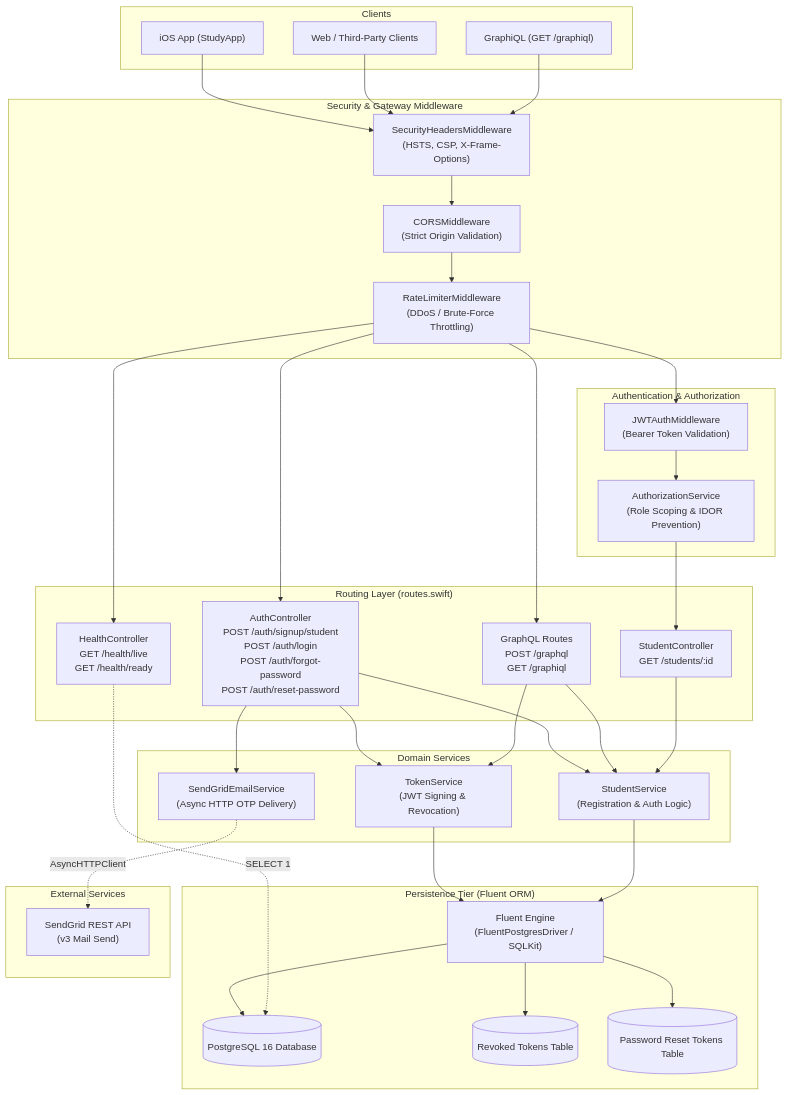
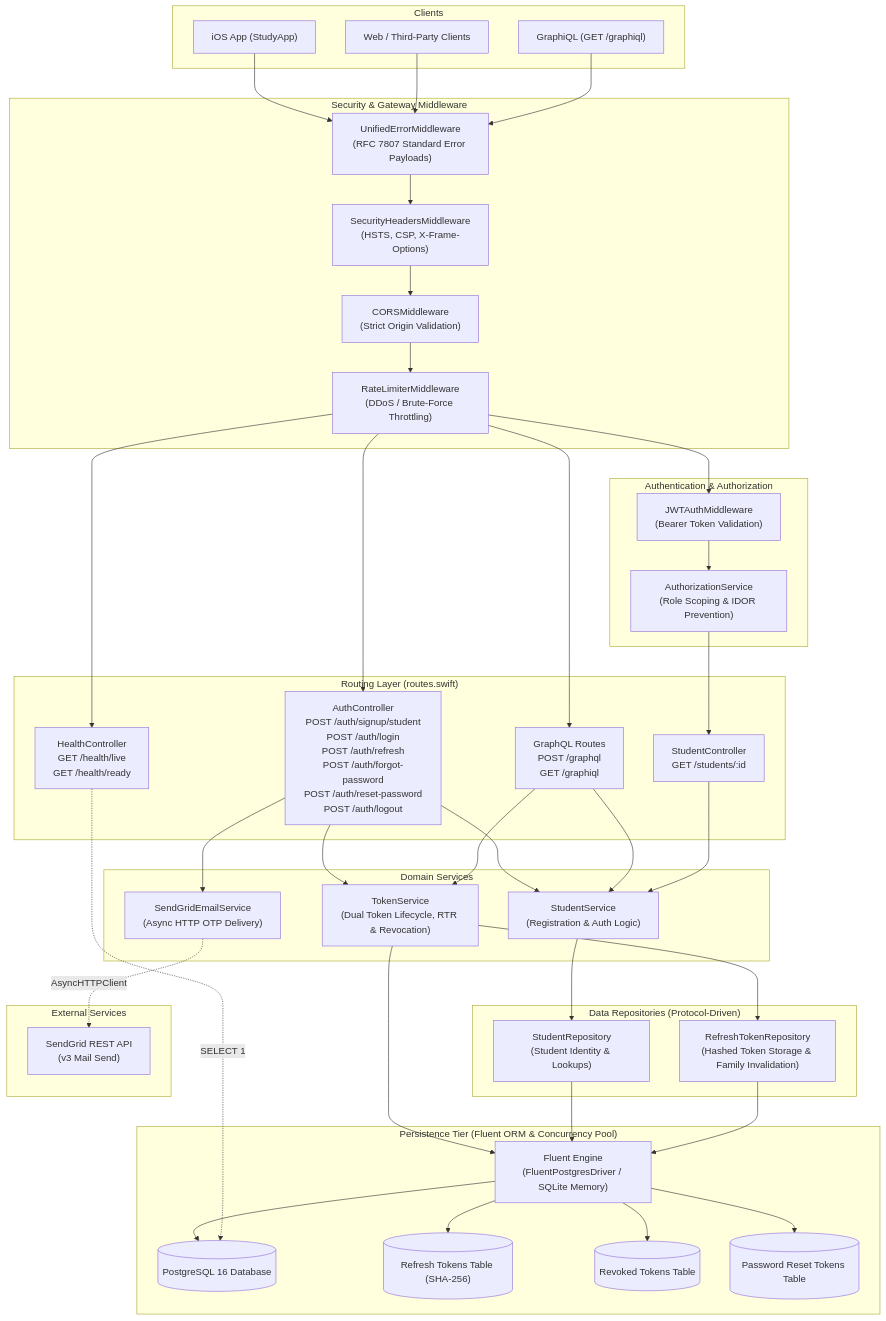
Before and after one commit to rajeshm20/StudentAppBackend: the diagram in README.md, drawn with Mermaid. The commit also changed other lines of this file, not shown here.

Commit message:
docs: update README with refresh token rotation, repository pattern & error specs (#54)

````diff
--- a/README.md
+++ b/README.md
@@ -56,70 +56,82 @@
 ```mermaid
 flowchart TD
     subgraph Clients["Clients"]
         iOS["iOS App (StudyApp)"]
         Web["Web / Third-Party Clients"]
         Playground["GraphiQL (GET /graphiql)"]
     end
 
     subgraph SecurityPipeline["Security & Gateway Middleware"]
+        UnifiedErr["UnifiedErrorMiddleware<br/>(RFC 7807 Standard Error Payloads)"]
         SecHeaders["SecurityHeadersMiddleware<br/>(HSTS, CSP, X-Frame-Options)"]
         CORS["CORSMiddleware<br/>(Strict Origin Validation)"]
         RateLimit["RateLimiterMiddleware<br/>(DDoS / Brute-Force Throttling)"]
     end
 
     subgraph Routing["Routing Layer (routes.swift)"]
         HealthRoutes["HealthController<br/>GET /health/live<br/>GET /health/ready"]
-        AuthRoutes["AuthController<br/>POST /auth/signup/student<br/>POST /auth/login<br/>POST /auth/forgot-password<br/>POST /auth/reset-password"]
+        AuthRoutes["AuthController<br/>POST /auth/signup/student<br/>POST /auth/login<br/>POST /auth/refresh<br/>POST /auth/forgot-password<br/>POST /auth/reset-password<br/>POST /auth/logout"]
         StudentRoutes["StudentController<br/>GET /students/:id"]
         GraphQLRoute["GraphQL Routes<br/>POST /graphql<br/>GET /graphiql"]
     end
 
     subgraph AuthLayer["Authentication & Authorization"]
         JWTAuth["JWTAuthMiddleware<br/>(Bearer Token Validation)"]
         RoleCheck["AuthorizationService<br/>(Role Scoping & IDOR Prevention)"]
     end
 
     subgraph Services["Domain Services"]
-        TokenSvc["TokenService<br/>(JWT Signing & Revocation)"]
+        TokenSvc["TokenService<br/>(Dual Token Lifecycle, RTR & Revocation)"]
         StudentSvc["StudentService<br/>(Registration & Auth Logic)"]
         EmailSvc["SendGridEmailService<br/>(Async HTTP OTP Delivery)"]
     end
 
-    subgraph Persistence["Persistence Tier (Fluent ORM)"]
-        Fluent["Fluent Engine<br/>(FluentPostgresDriver / SQLKit)"]
+    subgraph Repositories["Data Repositories (Protocol-Driven)"]
+        StudentRepo["StudentRepository<br/>(Student Identity & Lookups)"]
+        RefreshRepo["RefreshTokenRepository<br/>(Hashed Token Storage & Family Invalidation)"]
+    end
+
+    subgraph Persistence["Persistence Tier (Fluent ORM & Concurrency Pool)"]
+        Fluent["Fluent Engine<br/>(FluentPostgresDriver / SQLite Memory)"]
         Postgres[(PostgreSQL 16 Database)]
+        RefreshTokens[("Refresh Tokens Table (SHA-256)")]
         RevokedTokens[("Revoked Tokens Table")]
         ResetTokens[("Password Reset Tokens Table")]
     end
 
     subgraph External["External Services"]
         SendGrid["SendGrid REST API<br/>(v3 Mail Send)"]
     end
 
-    iOS --> SecHeaders
-    Web --> SecHeaders
-    Playground --> SecHeaders
+    iOS --> UnifiedErr
+    Web --> UnifiedErr
+    Playground --> UnifiedErr
 
-    SecHeaders --> CORS --> RateLimit
+    UnifiedErr --> SecHeaders --> CORS --> RateLimit
 
     RateLimit --> HealthRoutes
     RateLimit --> AuthRoutes
     RateLimit --> GraphQLRoute
     RateLimit --> JWTAuth --> RoleCheck --> StudentRoutes
 
     AuthRoutes --> StudentSvc
     AuthRoutes --> TokenSvc
     AuthRoutes --> EmailSvc
     GraphQLRoute --> StudentSvc
     GraphQLRoute --> TokenSvc
     StudentRoutes --> StudentSvc
 
     EmailSvc -.->|"AsyncHTTPClient"| SendGrid
+    StudentSvc --> StudentRepo
+    TokenSvc --> RefreshRepo
     TokenSvc --> Fluent
-    StudentSvc --> Fluent
+
+    StudentRepo --> Fluent
+    RefreshRepo --> Fluent
 
     Fluent --> Postgres
+    Fluent --> RefreshTokens
     Fluent --> RevokedTokens
     Fluent --> ResetTokens
     HealthRoutes -.->|"SELECT 1"| Postgres
 ```
````
